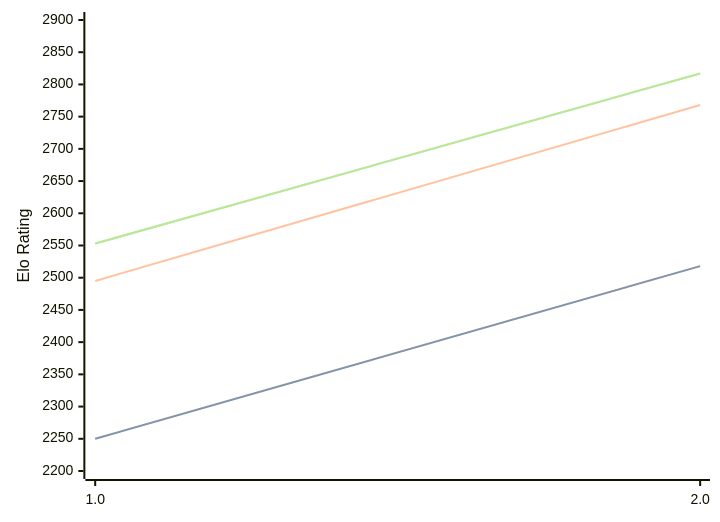
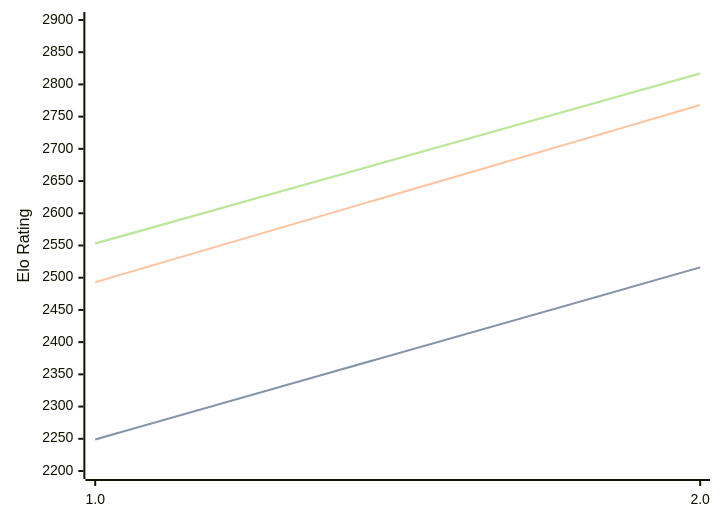
The first of 3 diagrams in engines/Revolver.md (computer-chess-index/cci), drawn with Mermaid before and after one commit. The commit also changed other lines of this file, not shown here.

````diff
--- a/engines/Revolver.md
+++ b/engines/Revolver.md
@@ -32,11 +32,11 @@
 ```mermaid
 %%{init: {"theme":"base","themeVariables":{"seriesColors:['#a3a3a3','#222221','#faa371']}}}%%
 xychart-beta
   x-axis ["1.0", "2.0"]
   y-axis "Elo Rating" 2200 --> 2900
-  line "STC (8.0+0.08s)" [2250, 2518]
-  line "STC (8.0+0.08s)" [2250, 2518]
-  line "LTC (60.0+0.60s)" [2495, 2768]
+  line "STC (8.0+0.08s)" [2249, 2516]
+  line "STC (8.0+0.08s)" [2249, 2516]
+  line "LTC (60.0+0.60s)" [2493, 2768]
   line "VLTC (2m24s+1.12s)" [2553, 2817]
   line "VLTC (2m24s+1.12s)" [2553, 2817]
 ```
````
